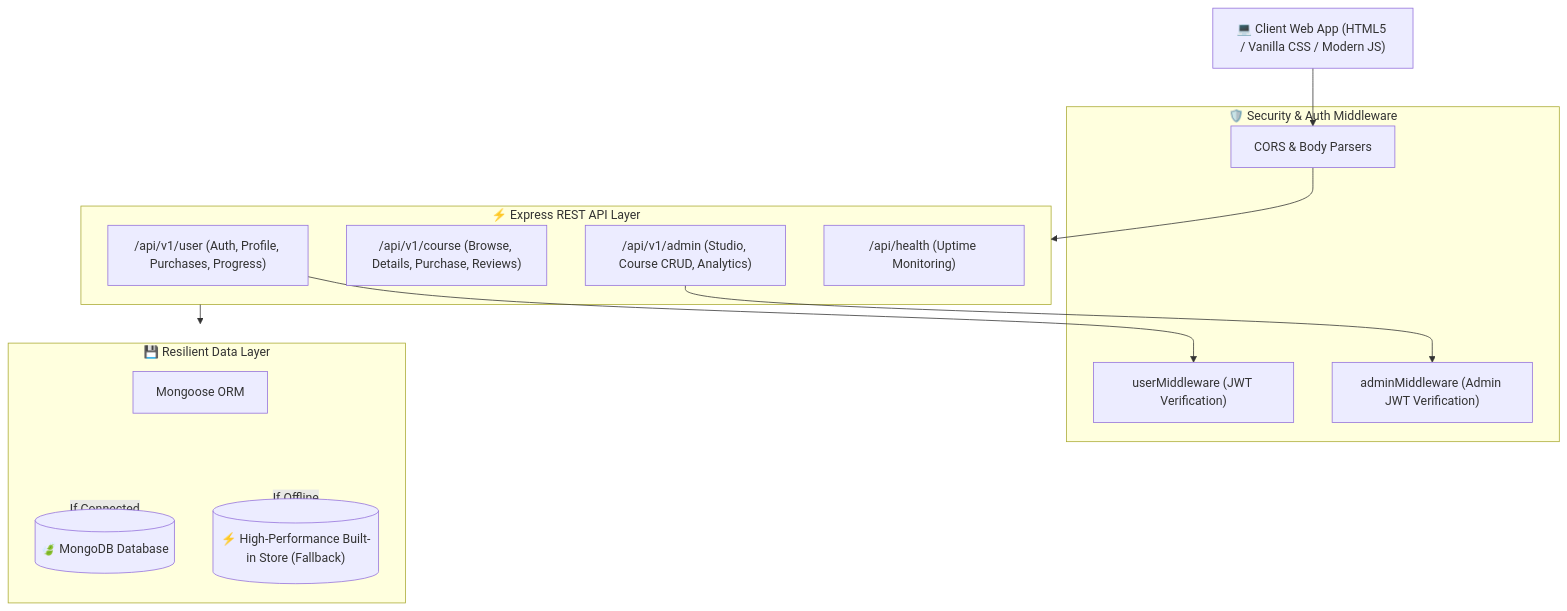
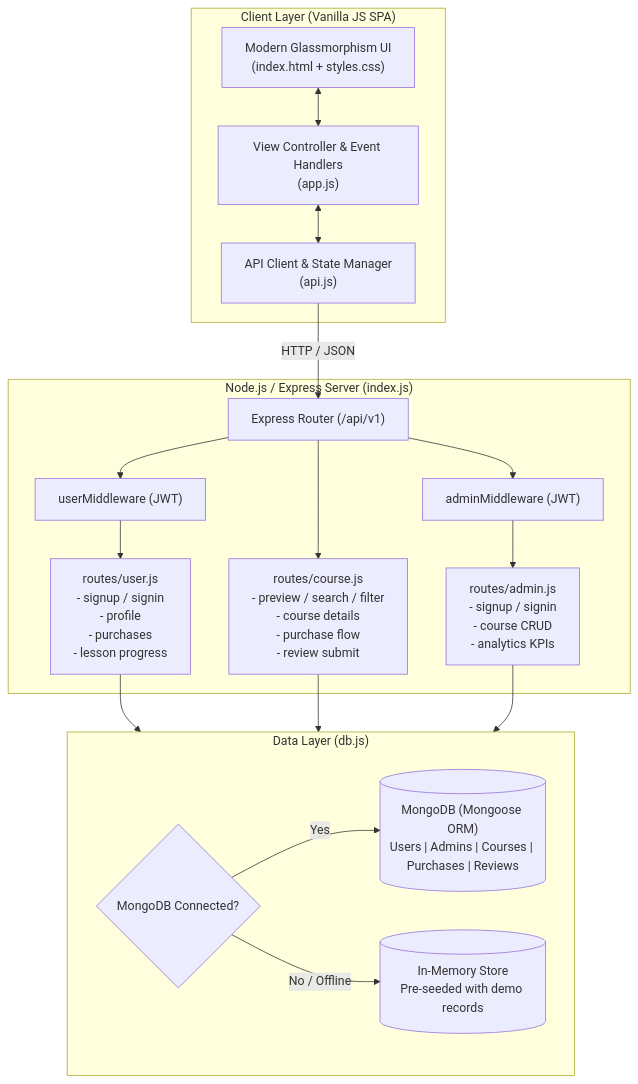
Before and after one commit to aribanaz11/Course-Selling-App: the diagram in README.md, drawn with Mermaid. The commit also changed other lines of this file, not shown here.

Commit message:
docs: rewrite README with dense technical documentation, architecture, schema details and API specs

````diff
--- a/README.md
+++ b/README.md
@@ -78,31 +52,38 @@
 ```mermaid
-graph TD
-    Client["💻 Client Web App (HTML5 / Vanilla CSS / Modern JS)"]
-    
-    subgraph ExpressAPI ["⚡ Express REST API Layer"]
-        UserRoutes["/api/v1/user (Auth, Profile, Purchases, Progress)"]
-        CourseRoutes["/api/v1/course (Browse, Details, Purchase, Reviews)"]
-        AdminRoutes["/api/v1/admin (Studio, Course CRUD, Analytics)"]
-        HealthRoute["/api/health (Uptime Monitoring)"]
-    end
-    
-    subgraph Middlewares ["🛡️ Security & Auth Middleware"]
-        UserJWT["userMiddleware (JWT Verification)"]
-        AdminJWT["adminMiddleware (Admin JWT Verification)"]
-        CORS["CORS & Body Parsers"]
+flowchart TD
+    subgraph Client ["Client Layer (Vanilla JS SPA)"]
+        UI["Modern Glassmorphism UI\n(index.html + styles.css)"]
+        APIClient["API Client & State Manager\n(api.js)"]
+        AppCtrl["View Controller & Event Handlers\n(app.js)"]
+        UI <--> AppCtrl
+        AppCtrl <--> APIClient
     end
 
-    subgraph DataLayer ["💾 Resilient Data Layer"]
-        MongooseConn["Mongoose ORM"]
-        MongoDB[("🍃 MongoDB Database")]
-        InMemoryStore[("⚡ High-Performance Built-in Store (Fallback)")]
+    subgraph Server ["Node.js / Express Server (index.js)"]
+        Router["Express Router (/api/v1)"]
+        UserMW["userMiddleware (JWT)"]
+        AdminMW["adminMiddleware (JWT)"]
+        
+        UserRoutes["routes/user.js\n- signup / signin\n- profile\n- purchases\n- lesson progress"]
+        CourseRoutes["routes/course.js\n- preview / search / filter\n- course details\n- purchase flow\n- review submit"]
+        AdminRoutes["routes/admin.js\n- signup / signin\n- course CRUD\n- analytics KPIs"]
+        
+        Router --> CourseRoutes
+        Router --> UserMW --> UserRoutes
+        Router --> AdminMW --> AdminRoutes
     end
 
-    Client --> CORS
-    CORS --> ExpressAPI
-    UserRoutes --> UserJWT
-    AdminRoutes --> AdminJWT
-    ExpressAPI --> DataLayer
-    DataLayer -->|If Connected| MongoDB
-    DataLayer -->|If Offline| InMemoryStore
+    subgraph Storage ["Data Layer (db.js)"]
+        DBRouter{"MongoDB Connected?"}
+        MongoStore[("MongoDB (Mongoose ORM)\nUsers | Admins | Courses | Purchases | Reviews")]
+        MemoryStore[("In-Memory Store\nPre-seeded with demo records")]
+        
+        DBRouter -->|Yes| MongoStore
+        DBRouter -->|No / Offline| MemoryStore
+    end
+
+    APIClient -->|HTTP / JSON| Router
+    UserRoutes --> Storage
+    CourseRoutes --> Storage
+    AdminRoutes --> Storage
 ```
````
